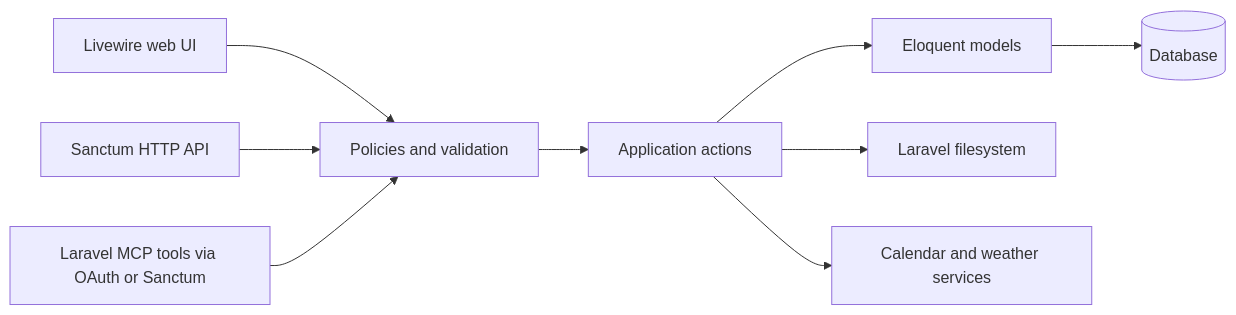
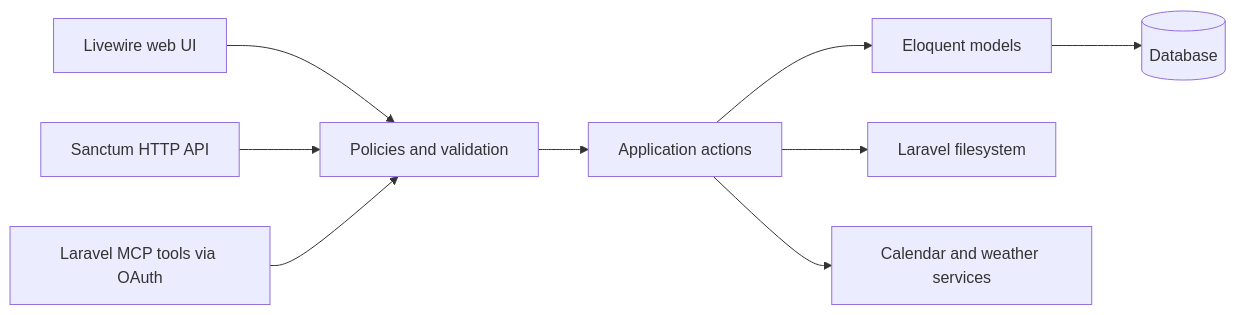
The diagram in web/docs/developers/architecture.md (techenby/sunny), drawn with Mermaid before and after one commit. The commit also changed other lines of this file and 8 other files, not shown here.

First line of the commit message:
Only accept OAuth on the MCP server

````diff
--- a/web/docs/developers/architecture.md
+++ b/web/docs/developers/architecture.md
@@ -12,11 +12,11 @@
 ```mermaid
 flowchart LR
     Web[Livewire web UI] --> Access[Policies and validation]
     API[Sanctum HTTP API] --> Access
-    MCP[Laravel MCP tools via OAuth or Sanctum] --> Access
+    MCP[Laravel MCP tools via OAuth] --> Access
     Access --> Actions[Application actions]
     Actions --> Models[Eloquent models]
     Models --> Database[(Database)]
     Actions --> Files[Laravel filesystem]
     Actions --> Services[Calendar and weather services]
 ```
````
